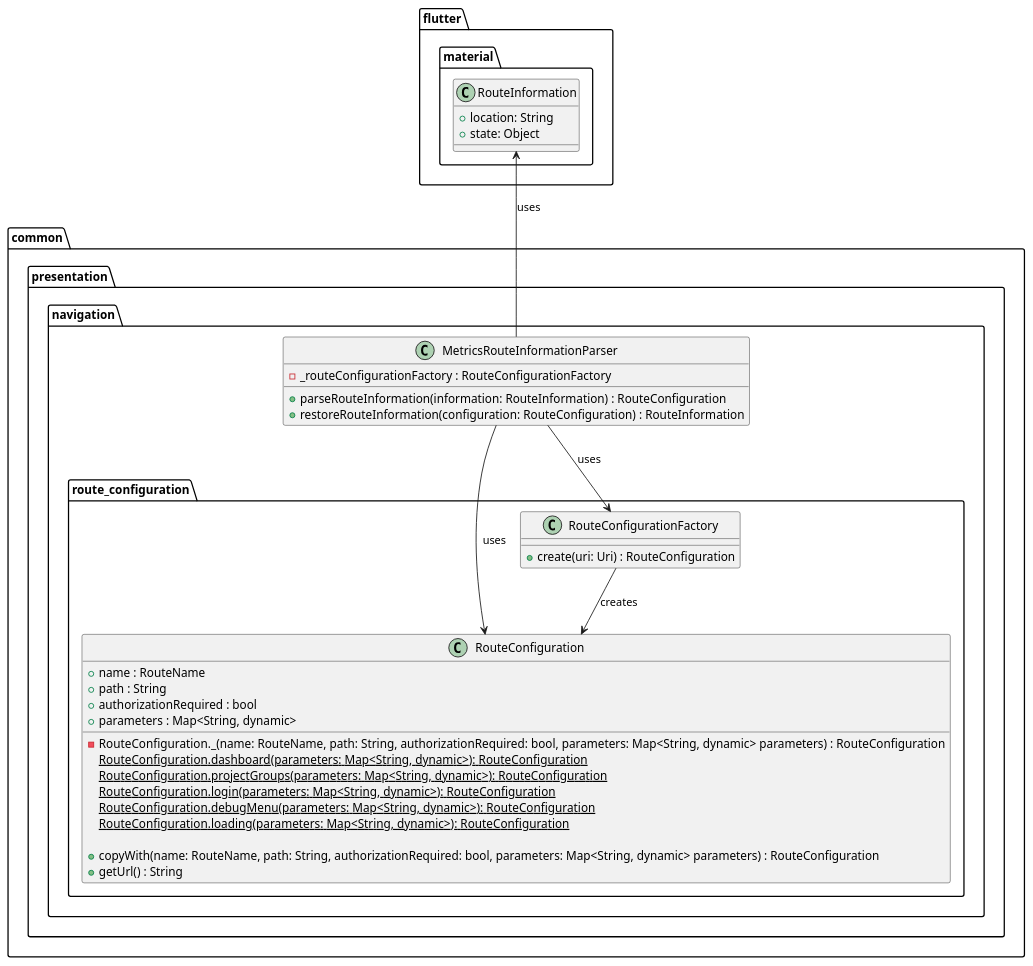
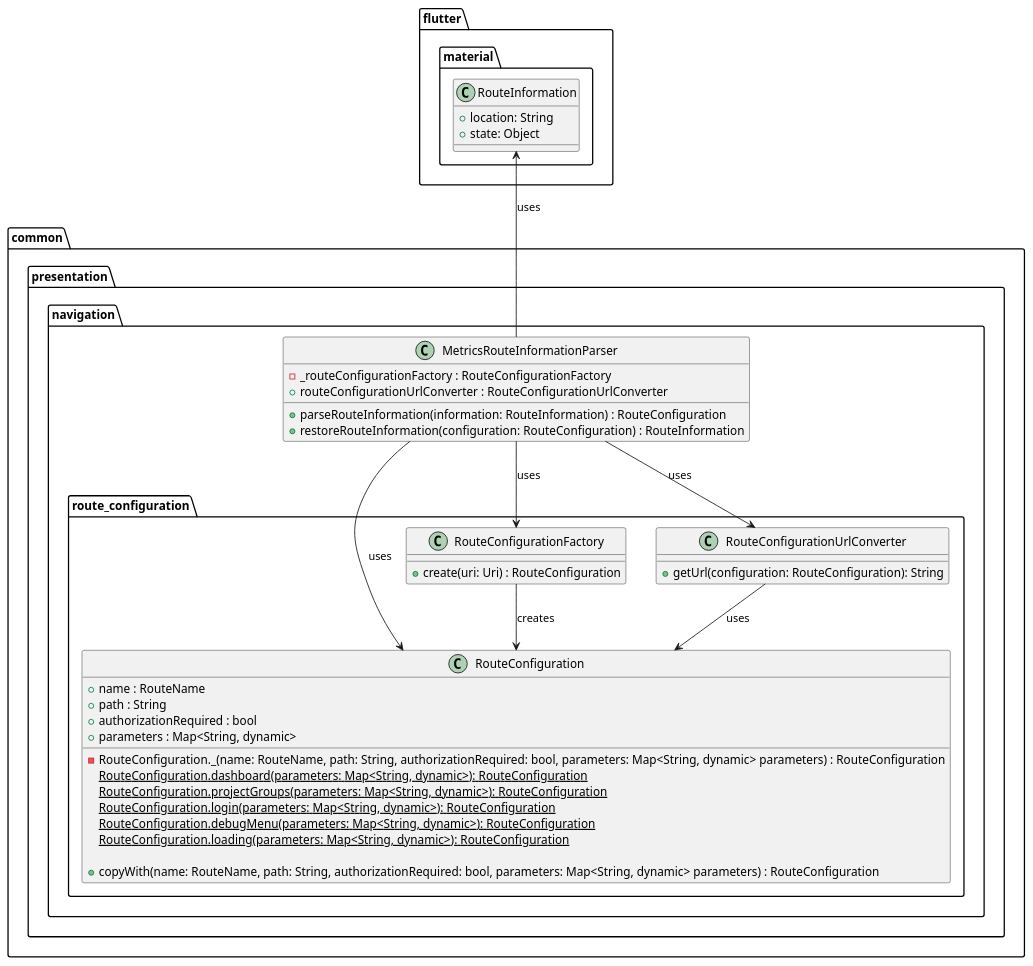
One commit to Flank/flank-dashboard changed the diagram in metrics/web/docs/features/deep_links/diagrams/parsing_deep_links_class_diagram.puml. Above: the diagram before and after it, drawn with PlantUML. The commit also changed 1 other file, not shown here.

Commit message:
Add RouteConfigurationUrlConverter

```diff
--- a/metrics/web/docs/features/deep_links/diagrams/parsing_deep_links_class_diagram.puml
+++ b/metrics/web/docs/features/deep_links/diagrams/parsing_deep_links_class_diagram.puml
@@ -1,48 +1,55 @@
 @startuml parsing_deep_links_class_diagram
 
 package common.presentation.navigation {
     class MetricsRouteInformationParser {
         - _routeConfigurationFactory : RouteConfigurationFactory
+        + routeConfigurationUrlConverter : RouteConfigurationUrlConverter
 
         + parseRouteInformation(information: RouteInformation) : RouteConfiguration
         + restoreRouteInformation(configuration: RouteConfiguration) : RouteInformation
     }
 
     package route_configuration {
         class RouteConfiguration {
             + name : RouteName
             + path : String
             + authorizationRequired : bool
             + parameters : Map<String, dynamic>
 
             - RouteConfiguration._(name: RouteName, path: String, authorizationRequired: bool, parameters: Map<String, dynamic> parameters) : RouteConfiguration
             {static} RouteConfiguration.dashboard(parameters: Map<String, dynamic>): RouteConfiguration
             {static} RouteConfiguration.projectGroups(parameters: Map<String, dynamic>): RouteConfiguration
             {static} RouteConfiguration.login(parameters: Map<String, dynamic>): RouteConfiguration
             {static} RouteConfiguration.debugMenu(parameters: Map<String, dynamic>): RouteConfiguration
             {static} RouteConfiguration.loading(parameters: Map<String, dynamic>): RouteConfiguration
 
             + copyWith(name: RouteName, path: String, authorizationRequired: bool, parameters: Map<String, dynamic> parameters) : RouteConfiguration
-            + getUrl() : String
         }
 
         class RouteConfigurationFactory {
             + create(uri: Uri) : RouteConfiguration
+        }
+
+        class RouteConfigurationUrlConverter {
+            + getUrl(configuration: RouteConfiguration): String
         }
     }
 }
 
 package flutter.material {
     class RouteInformation {
         + location: String
         + state: Object
     }
 }
 
 MetricsRouteInformationParser --> RouteConfiguration : uses
 MetricsRouteInformationParser -up-> RouteInformation : uses
 MetricsRouteInformationParser --> RouteConfigurationFactory : uses
+MetricsRouteInformationParser --> RouteConfigurationUrlConverter : uses
 
 RouteConfigurationFactory --> RouteConfiguration : creates
 
+RouteConfigurationUrlConverter --> RouteConfiguration : uses
+
 @enduml
```
